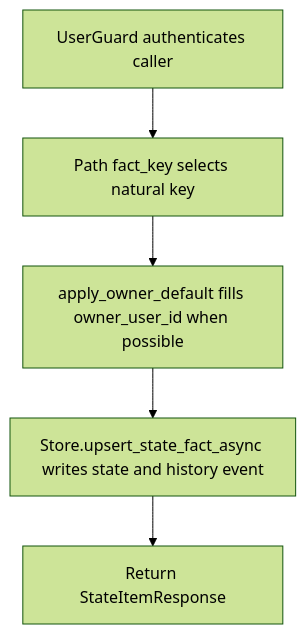
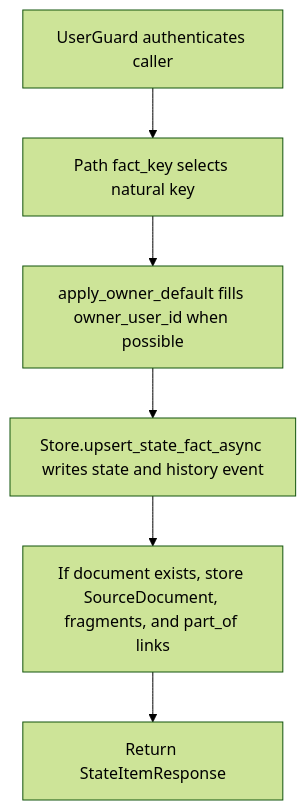
Before and after one commit to dickwu/nowledge: the diagram in doc/api/put_v1_state_profile_facts_fact_key.md, drawn with Mermaid (forest theme). The commit also changed other lines of this file and 31 other files, not shown here.

````diff
--- a/doc/api/put_v1_state_profile_facts_fact_key.md
+++ b/doc/api/put_v1_state_profile_facts_fact_key.md
@@ -53,12 +77,14 @@
 ```mermaid
 flowchart TD
   n0["UserGuard authenticates caller"]
   n1["Path fact_key selects natural key"]
   n2["apply_owner_default fills owner_user_id when possible"]
   n3["Store.upsert_state_fact_async writes state and history event"]
-  n4["Return StateItemResponse"]
+  n4["If document exists, store SourceDocument, fragments, and part_of links"]
+  n5["Return StateItemResponse"]
   n0 --> n1
   n1 --> n2
   n2 --> n3
   n3 --> n4
+  n4 --> n5
 ```
````
